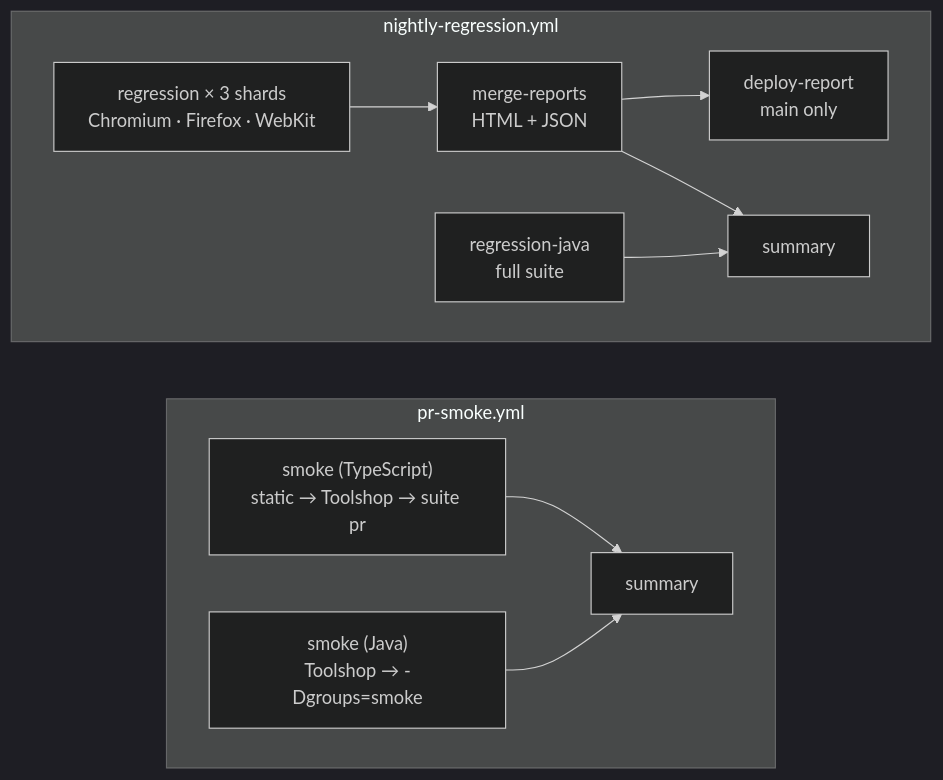
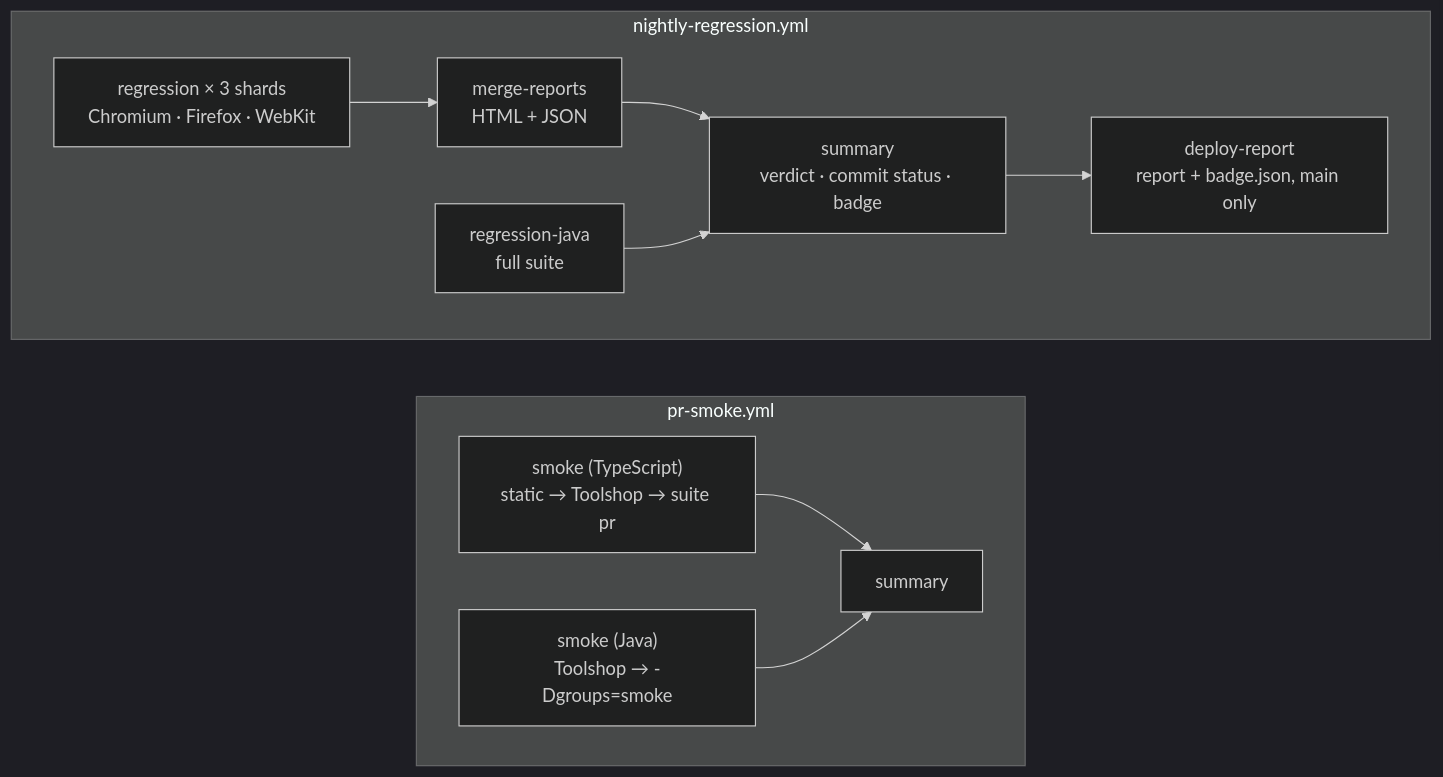
Before and after one commit to junchunip-hue/playwright-e2e-showcase: the diagram in docs/ci.md, drawn with Mermaid (dark theme). The commit also changed other lines of this file and 8 other files, not shown here.

First line of the commit message:
Front page: live nightly badge, journey GIF, real summary images; fix stale docs

````diff
--- a/docs/ci.md
+++ b/docs/ci.md
@@ -25,14 +25,14 @@
 ```mermaid
 flowchart LR
   subgraph PRW["pr-smoke.yml"]
     direction LR
     A["smoke (TypeScript)<br/>static → Toolshop → suite pr"] --> C["summary"]
     B["smoke (Java)<br/>Toolshop → -Dgroups=smoke"] --> C
   end
   subgraph NW["nightly-regression.yml"]
     direction LR
-    R["regression × 3 shards<br/>Chromium · Firefox · WebKit"] --> M["merge-reports<br/>HTML + JSON"] --> D["deploy-report<br/>main only"]
-    RJ["regression-java<br/>full suite"] --> S["summary"]
-    M --> S
+    R["regression × 3 shards<br/>Chromium · Firefox · WebKit"] --> M["merge-reports<br/>HTML + JSON"] --> S["summary<br/>verdict · commit status · badge"]
+    RJ["regression-java<br/>full suite"] --> S
+    S --> D["deploy-report<br/>report + badge.json, main only"]
   end
 ```
````
